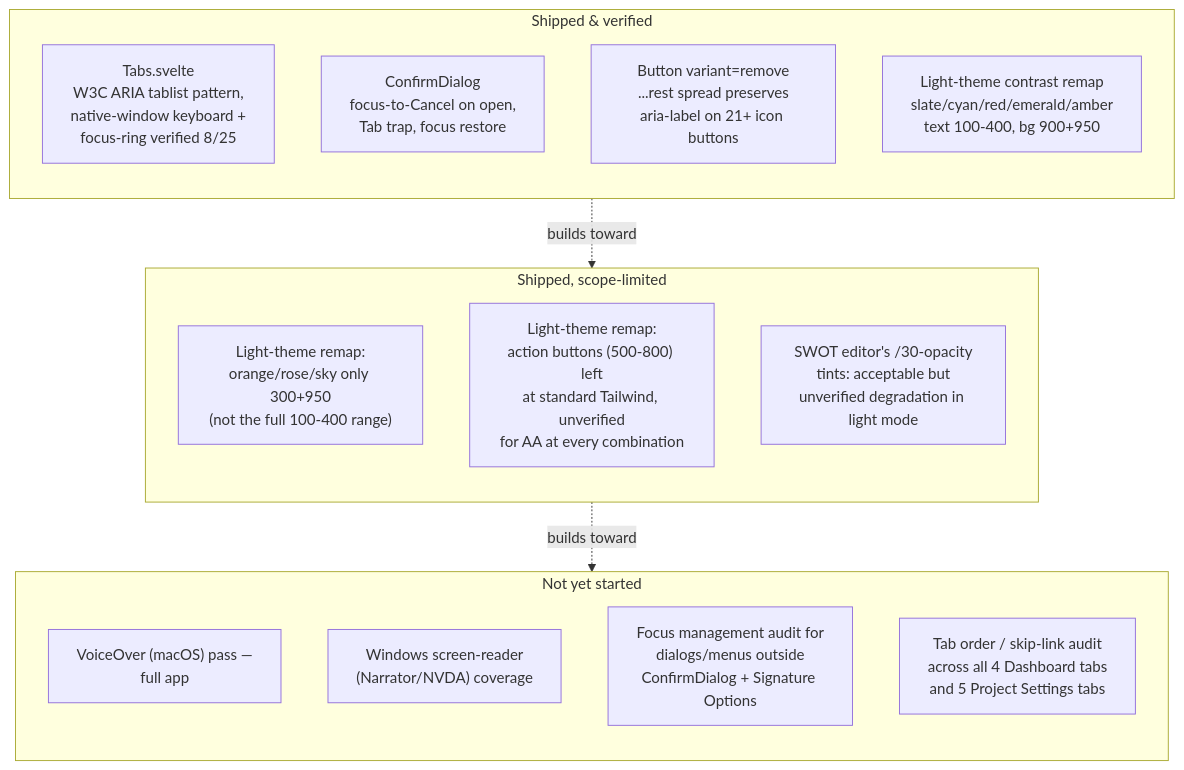
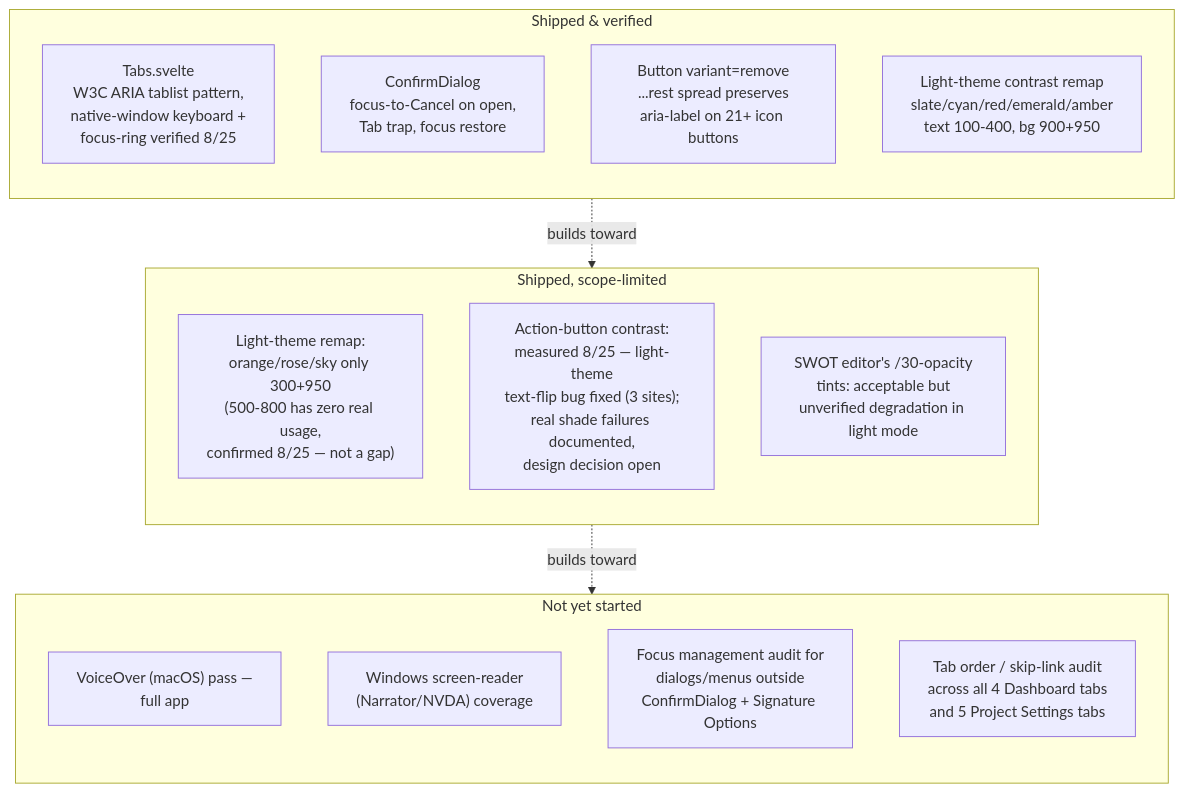
The diagram in docs/design/accessibility-remaining-work-plan.md (draconianneocoder-cpu/GoPMgr), drawn with Mermaid before and after one commit. The commit also changed other lines of this file and 3 other files, not shown here.

First line of the commit message:
fix: measure action-button AA contrast, fix light-theme text-flip bug

````diff
--- a/docs/design/accessibility-remaining-work-plan.md
+++ b/docs/design/accessibility-remaining-work-plan.md
@@ -32,25 +34,25 @@
 ```mermaid
 flowchart TB
     subgraph shipped["Shipped & verified"]
         direction TB
         S1["Tabs.svelte<br/>W3C ARIA tablist pattern,<br/>native-window keyboard +<br/>focus-ring verified 8/25"]
         S2["ConfirmDialog<br/>focus-to-Cancel on open,<br/>Tab trap, focus restore"]
         S3["Button variant=remove<br/>...rest spread preserves<br/>aria-label on 21+ icon buttons"]
         S4["Light-theme contrast remap<br/>slate/cyan/red/emerald/amber<br/>text 100-400, bg 900+950"]
     end
     subgraph partial["Shipped, scope-limited"]
         direction TB
-        P1["Light-theme remap:<br/>orange/rose/sky only 300+950<br/>(not the full 100-400 range)"]
-        P2["Light-theme remap:<br/>action buttons (500-800) left<br/>at standard Tailwind, unverified<br/>for AA at every combination"]
+        P1["Light-theme remap:<br/>orange/rose/sky only 300+950<br/>(500-800 has zero real usage,<br/>confirmed 8/25 — not a gap)"]
+        P2["Action-button contrast:<br/>measured 8/25 — light-theme<br/>text-flip bug fixed (3 sites);<br/>real shade failures documented,<br/>design decision open"]
         P3["SWOT editor's /30-opacity<br/>tints: acceptable but<br/>unverified degradation in light mode"]
     end
     subgraph missing["Not yet started"]
         direction TB
         M2["VoiceOver (macOS) pass —<br/>full app"]
         M3["Windows screen-reader<br/>(Narrator/NVDA) coverage"]
         M4["Focus management audit for<br/>dialogs/menus outside<br/>ConfirmDialog + Signature Options"]
         M5["Tab order / skip-link audit<br/>across all 4 Dashboard tabs<br/>and 5 Project Settings tabs"]
     end
     shipped -.->|"builds toward"| partial
     partial -.->|"builds toward"| missing
 ```
````
